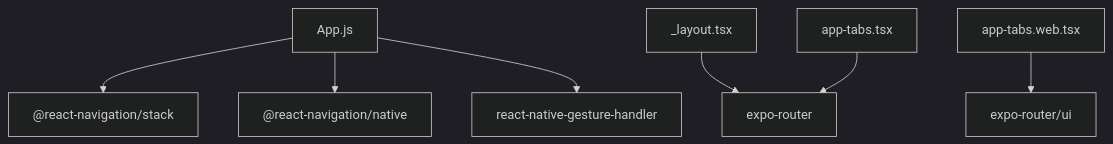
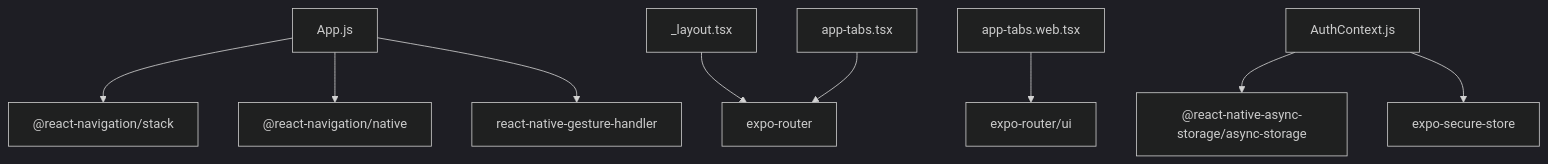
Before and after one commit to richard254120/axx-spaces-frontend: the tenth of 10 diagrams in .qoder/repowiki/en/content/Mobile Application/Navigation System.md, drawn with Mermaid (dark theme). The commit also changed other lines of this file and 31 other files, not shown here.

````diff
--- a/.qoder/repowiki/en/content/Mobile Application/Navigation System.md
+++ b/.qoder/repowiki/en/content/Mobile Application/Navigation System.md
@@ -295,9 +509,11 @@
 ```mermaid
 graph TB
 AppJS["App.js"] --> RNStack["@react-navigation/stack"]
 AppJS --> RNNative["@react-navigation/native"]
 AppJS --> Gesture["react-native-gesture-handler"]
 Shell["_layout.tsx"] --> ExpoRouter["expo-router"]
 TabsNative["app-tabs.tsx"] --> ExpoRouter
 TabsWeb["app-tabs.web.tsx"] --> ExpoRouterUI["expo-router/ui"]
+Auth["AuthContext.js"] --> AsyncStorage["@react-native-async-storage/async-storage"]
+Auth --> SecureStore["expo-secure-store"]
 ```
````
